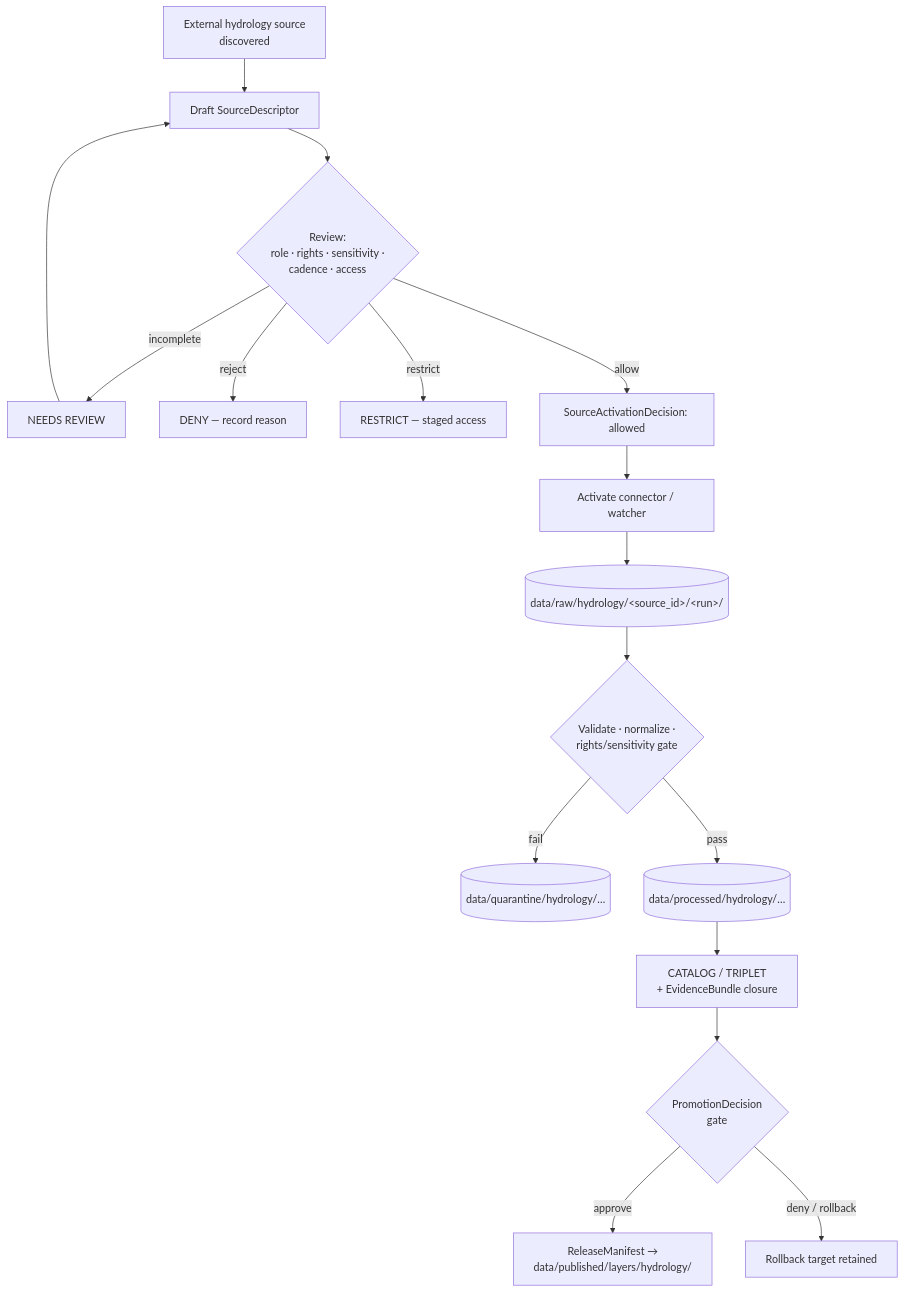
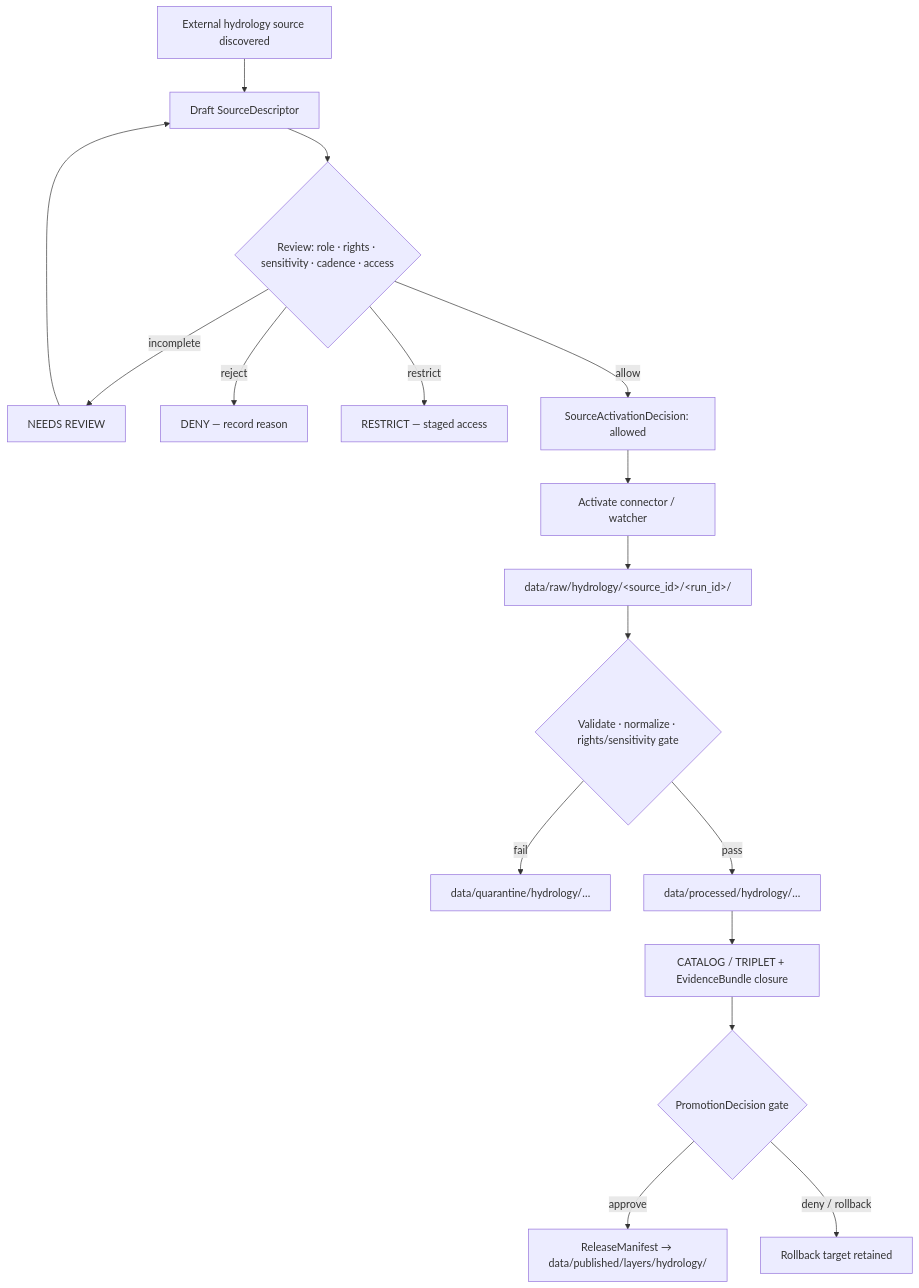
Before and after one commit to bartytime4life/Kansas-Frontier-Matrix: the second of 2 diagrams in docs/domains/hydrology/SOURCE_REGISTRY.md, drawn with Mermaid. The commit also changed other lines of this file, not shown here.

````diff
--- a/docs/domains/hydrology/SOURCE_REGISTRY.md
+++ b/docs/domains/hydrology/SOURCE_REGISTRY.md
@@ -229,19 +242,19 @@
 ```mermaid
 flowchart TD
-  A[External hydrology source<br/>discovered] --> B[Draft SourceDescriptor]
-  B --> C{Review:<br/>role · rights · sensitivity ·<br/>cadence · access}
-  C -->|incomplete| Bx[NEEDS REVIEW]
+  A["External hydrology source discovered"] --> B["Draft SourceDescriptor"]
+  B --> C{"Review: role · rights · sensitivity · cadence · access"}
+  C -->|incomplete| Bx["NEEDS REVIEW"]
   Bx --> B
-  C -->|reject| D1[DENY — record reason]
-  C -->|restrict| D2[RESTRICT — staged access]
-  C -->|allow| E[SourceActivationDecision: allowed]
-  E --> F[Activate connector / watcher]
-  F --> G[(data/raw/hydrology/&lt;source_id&gt;/&lt;run&gt;/)]
-  G --> H{Validate · normalize ·<br/>rights/sensitivity gate}
-  H -->|fail| Q[(data/quarantine/hydrology/…)]
-  H -->|pass| I[(data/processed/hydrology/…)]
-  I --> J[CATALOG / TRIPLET<br/>+ EvidenceBundle closure]
-  J --> K{PromotionDecision<br/>gate}
-  K -->|approve| L[ReleaseManifest →<br/>data/published/layers/hydrology/]
-  K -->|deny / rollback| M[Rollback target retained]
+  C -->|reject| D1["DENY — record reason"]
+  C -->|restrict| D2["RESTRICT — staged access"]
+  C -->|allow| E["SourceActivationDecision: allowed"]
+  E --> F["Activate connector / watcher"]
+  F --> G["data/raw/hydrology/&lt;source_id&gt;/&lt;run_id&gt;/"]
+  G --> H{"Validate · normalize · rights/sensitivity gate"}
+  H -->|fail| Q["data/quarantine/hydrology/…"]
+  H -->|pass| I["data/processed/hydrology/…"]
+  I --> J["CATALOG / TRIPLET + EvidenceBundle closure"]
+  J --> K{"PromotionDecision gate"}
+  K -->|approve| L["ReleaseManifest → data/published/layers/hydrology/"]
+  K -->|deny / rollback| M["Rollback target retained"]
 ```
````
